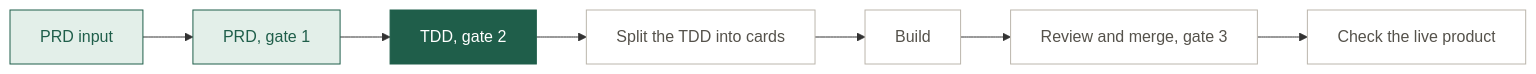
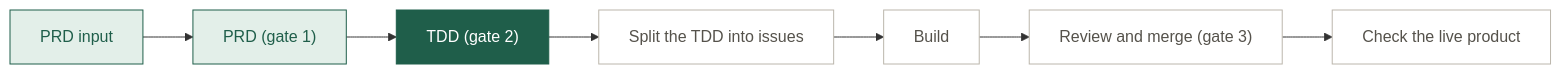
One commit to hornof/sketch-gallery changed the diagram in docs/MAP.md. Above: the diagram before and after it, drawn with Mermaid. The commit also changed other lines of this file and 8 other files, not shown here.

````diff
--- a/docs/MAP.md
+++ b/docs/MAP.md
@@ -9,7 +9,7 @@
 ```mermaid
 flowchart LR
-  s1[PRD input]:::done --> s2[PRD, gate 1]:::done --> s3[TDD, gate 2]:::now --> s4[Split the TDD into cards]:::next --> s5[Build]:::next --> s6[Review and merge, gate 3]:::next --> s7[Check the live product]:::next
+  s1["PRD input"]:::done --> s2["PRD (gate 1)"]:::done --> s3["TDD (gate 2)"]:::now --> s4["Split the TDD into issues"]:::next --> s5["Build"]:::next --> s6["Review and merge (gate 3)"]:::next --> s7["Check the live product"]:::next
   classDef done fill:#E3EFE9,stroke:#1F5E4A,color:#1F5E4A
   classDef now fill:#1F5E4A,stroke:#1F5E4A,color:#FFFFFF
   classDef next fill:#FFFFFF,stroke:#BBB6AC,color:#55524B
 ```
````
